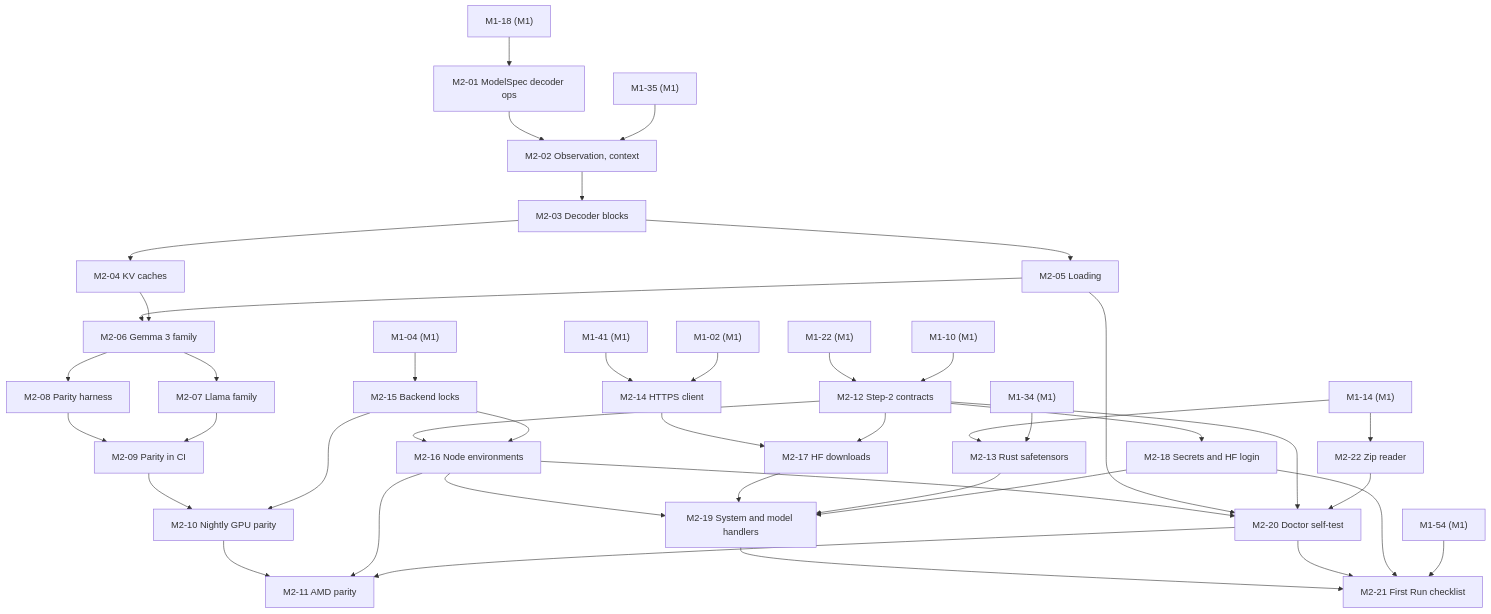
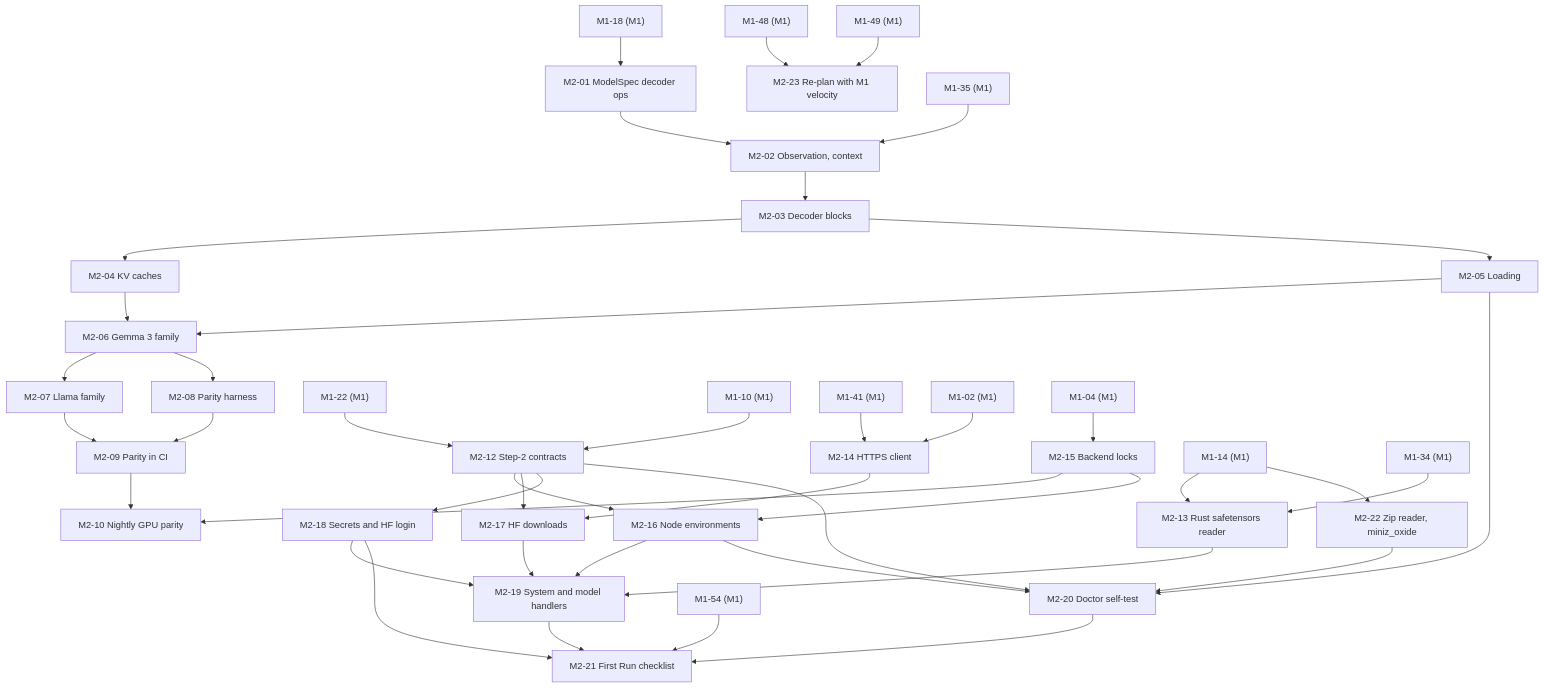
One commit to Snubiss/RASTAI-Research-Studio changed the sixth of 6 diagrams in docs/plan/implementation-plan.md. Above: the diagram before and after it, drawn with Mermaid. The commit also changed other lines of this file and 44 other files, not shown here.

````diff
--- a/docs/plan/implementation-plan.md
+++ b/docs/plan/implementation-plan.md
@@ -1066,77 +1119,78 @@
 ```mermaid
 flowchart TD
   M2_01["M2-01 ModelSpec decoder ops"]
   M2_02["M2-02 Observation, context"]
   M2_03["M2-03 Decoder blocks"]
   M2_04["M2-04 KV caches"]
   M2_05["M2-05 Loading"]
   M2_06["M2-06 Gemma 3 family"]
   M2_07["M2-07 Llama family"]
   M2_08["M2-08 Parity harness"]
   M2_09["M2-09 Parity in CI"]
   M2_10["M2-10 Nightly GPU parity"]
-  M2_11["M2-11 AMD parity"]
   M2_12["M2-12 Step-2 contracts"]
-  M2_13["M2-13 Rust safetensors"]
+  M2_13["M2-13 Rust safetensors reader"]
   M2_14["M2-14 HTTPS client"]
   M2_15["M2-15 Backend locks"]
   M2_16["M2-16 Node environments"]
   M2_17["M2-17 HF downloads"]
   M2_18["M2-18 Secrets and HF login"]
   M2_19["M2-19 System and model handlers"]
   M2_20["M2-20 Doctor self-test"]
   M2_21["M2-21 First Run checklist"]
-  M2_22["M2-22 Zip reader"]
+  M2_22["M2-22 Zip reader, miniz_oxide"]
+  M2_23["M2-23 Re-plan with M1 velocity"]
   M1_18["M1-18 (M1)"]
   M1_35["M1-35 (M1)"]
   M1_22["M1-22 (M1)"]
   M1_10["M1-10 (M1)"]
   M1_14["M1-14 (M1)"]
   M1_34["M1-34 (M1)"]
   M1_41["M1-41 (M1)"]
   M1_02["M1-02 (M1)"]
   M1_04["M1-04 (M1)"]
   M1_54["M1-54 (M1)"]
+  M1_48["M1-48 (M1)"]
+  M1_49["M1-49 (M1)"]
+  M1_48 --> M2_23
+  M1_49 --> M2_23
   M1_18 --> M2_01
   M2_01 --> M2_02
   M1_35 --> M2_02
   M2_02 --> M2_03
   M2_03 --> M2_04
   M2_03 --> M2_05
   M2_05 --> M2_06
   M2_04 --> M2_06
   M2_06 --> M2_07
   M2_06 --> M2_08
   M2_08 --> M2_09
   M2_07 --> M2_09
   M2_09 --> M2_10
   M2_15 --> M2_10
-  M2_10 --> M2_11
-  M2_16 --> M2_11
-  M2_20 --> M2_11
   M1_22 --> M2_12
   M1_10 --> M2_12
   M1_14 --> M2_13
   M1_34 --> M2_13
   M1_41 --> M2_14
   M1_02 --> M2_14
   M1_04 --> M2_15
   M2_12 --> M2_16
   M2_15 --> M2_16
   M2_14 --> M2_17
   M2_12 --> M2_17
   M2_12 --> M2_18
   M2_16 --> M2_19
   M2_17 --> M2_19
   M2_13 --> M2_19
   M2_18 --> M2_19
   M2_16 --> M2_20
   M2_05 --> M2_20
   M2_12 --> M2_20
   M2_22 --> M2_20
   M2_19 --> M2_21
   M2_20 --> M2_21
   M2_18 --> M2_21
   M1_54 --> M2_21
   M1_14 --> M2_22
 ```
````
